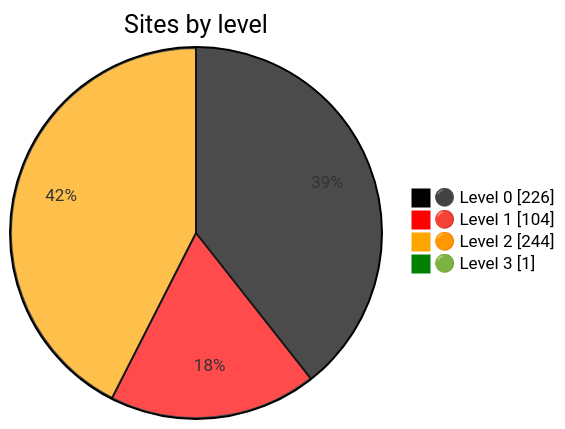
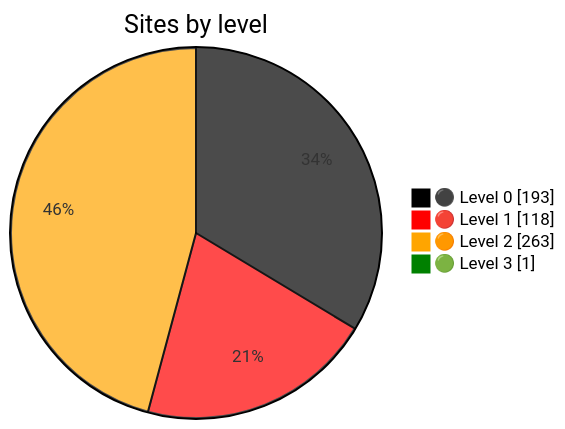
Before and after one commit to nuuuwan/gov_lk_web_auditor: the diagram in README.md, drawn with Mermaid. The commit also changed other lines of this file and 2702 other files, not shown here.

````diff
--- a/README.md
+++ b/README.md
@@ -24,9 +24,9 @@
 ```mermaid
 %%{init: {"themeVariables":{"pie1":"black","pie2":"red","pie3":"orange","pie4":"green"}}}%%
 pie showData
     title Sites by level
-    "⚫ Level 0" : 226
-    "🔴 Level 1" : 104
-    "🟠 Level 2" : 244
+    "⚫ Level 0" : 193
+    "🔴 Level 1" : 118
+    "🟠 Level 2" : 263
     "🟢 Level 3" : 1
 ```
````
